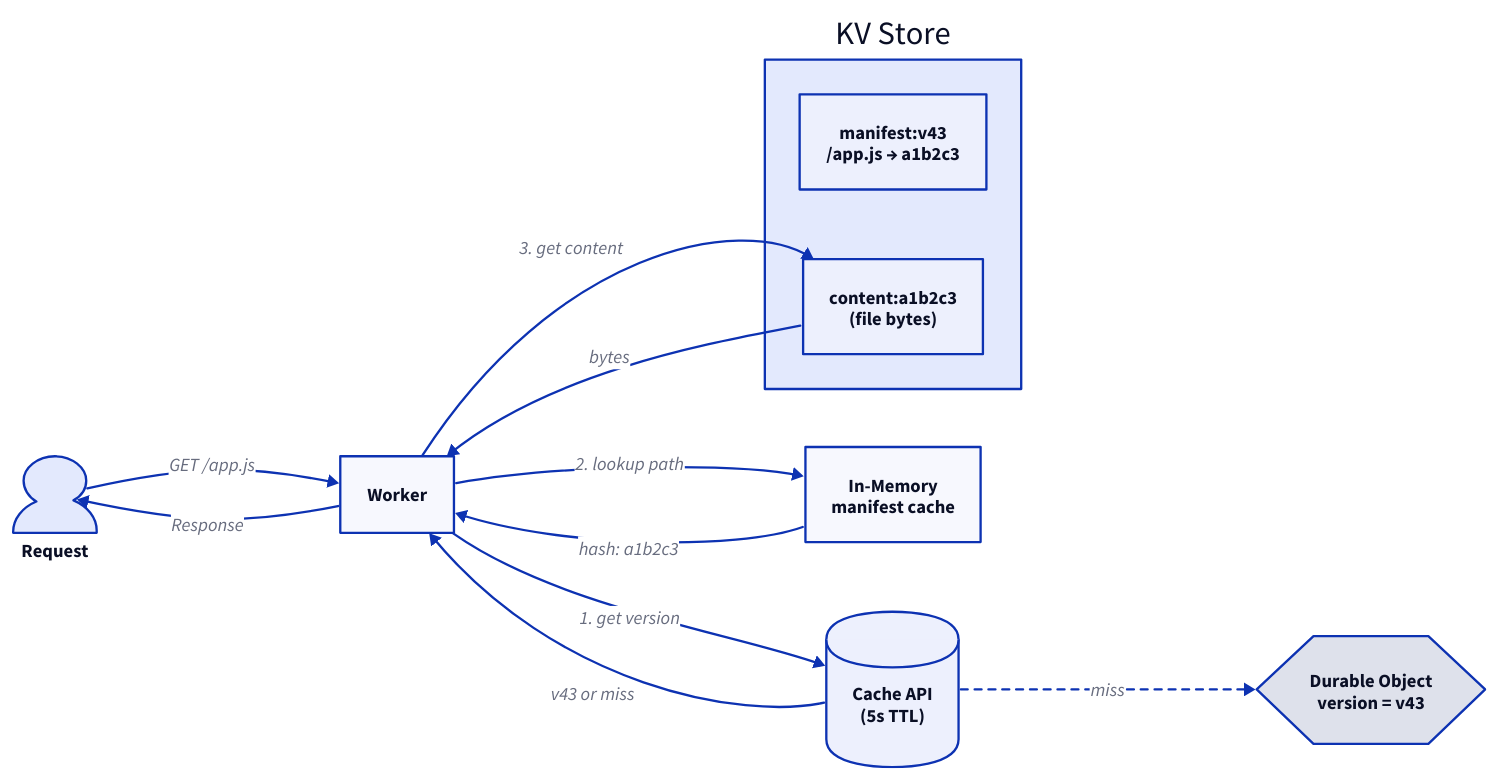
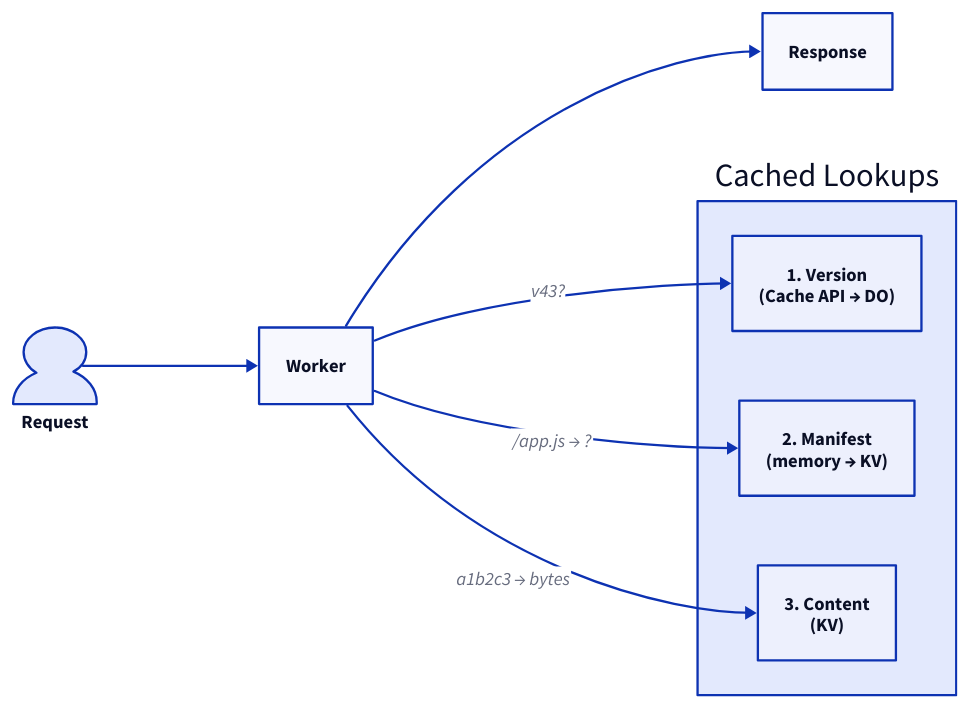
One commit to erfianugrah/lexicanum changed the third of 6 diagrams in src/content/docs/reference/caching.mdx. Above: the diagram before and after it, drawn with D2. The commit also changed other lines of this file, not shown here.

Commit message:
docs: simplify D2 diagrams for content-addressable storage and fix centralized caching
- Simplify read flow diagram to show layered cache lookups
- Simplify write flow diagram to show sequential steps
- Fix centralized caching diagram with clearer request/response flow
- All diagrams now horizontal (direction: right)

````diff
--- a/src/content/docs/reference/caching.mdx
+++ b/src/content/docs/reference/caching.mdx
@@ -544,37 +544,19 @@
 ```d2
 direction: right
 
-request: Request {
-  shape: person
+request: Request {shape: person}
+worker: Worker
+response: Response
+
+cache-layer: Cached Lookups {
+  version: "1. Version\n(Cache API → DO)"
+  manifest: "2. Manifest\n(memory → KV)"
+  content: "3. Content\n(KV)"
 }
 
-worker: Worker
-
-version-cache: Cache API\n(5s TTL) {
-  shape: cylinder
-}
-
-do: Durable Object\nversion = v43 {
-  shape: hexagon
-}
-
-manifest-cache: In-Memory\nmanifest cache
-
-kv: KV Store {
-  manifest-v43: "manifest:v43\n/app.js → a1b2c3"
-  content-a1b2c3: "content:a1b2c3\n(file bytes)"
-}
-
-request -> worker: GET /app.js
-worker -> version-cache: 1. get version
-version-cache -> worker: v43 or miss
-worker -> manifest-cache: 2. lookup path
-manifest-cache -> worker: "hash: a1b2c3"
-worker -> kv.content-a1b2c3: 3. get content
-kv.content-a1b2c3 -> worker: bytes
-worker -> request: Response
-
-version-cache -> do: miss {
-  style.stroke-dash: 3
-}
+request -> worker
+worker -> cache-layer.version: v43?
+worker -> cache-layer.manifest: /app.js → ?
+worker -> cache-layer.content: a1b2c3 → bytes
+worker -> response
 ```
````
